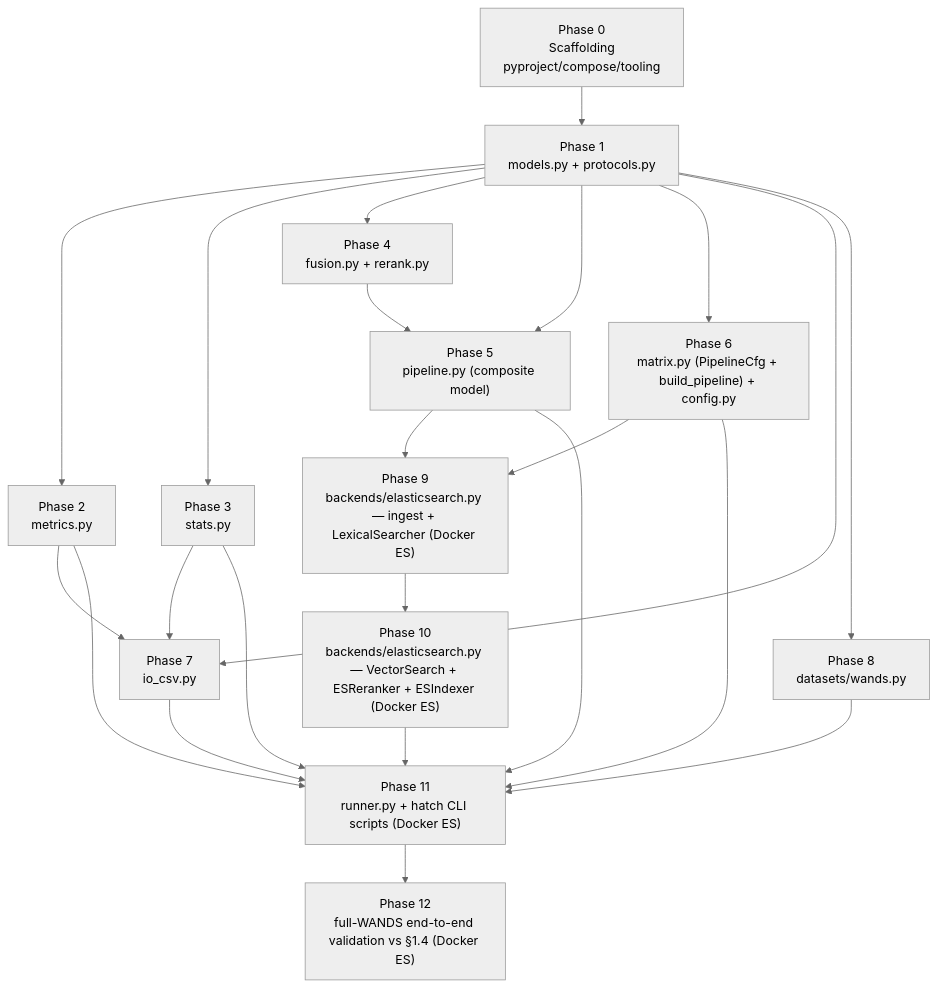
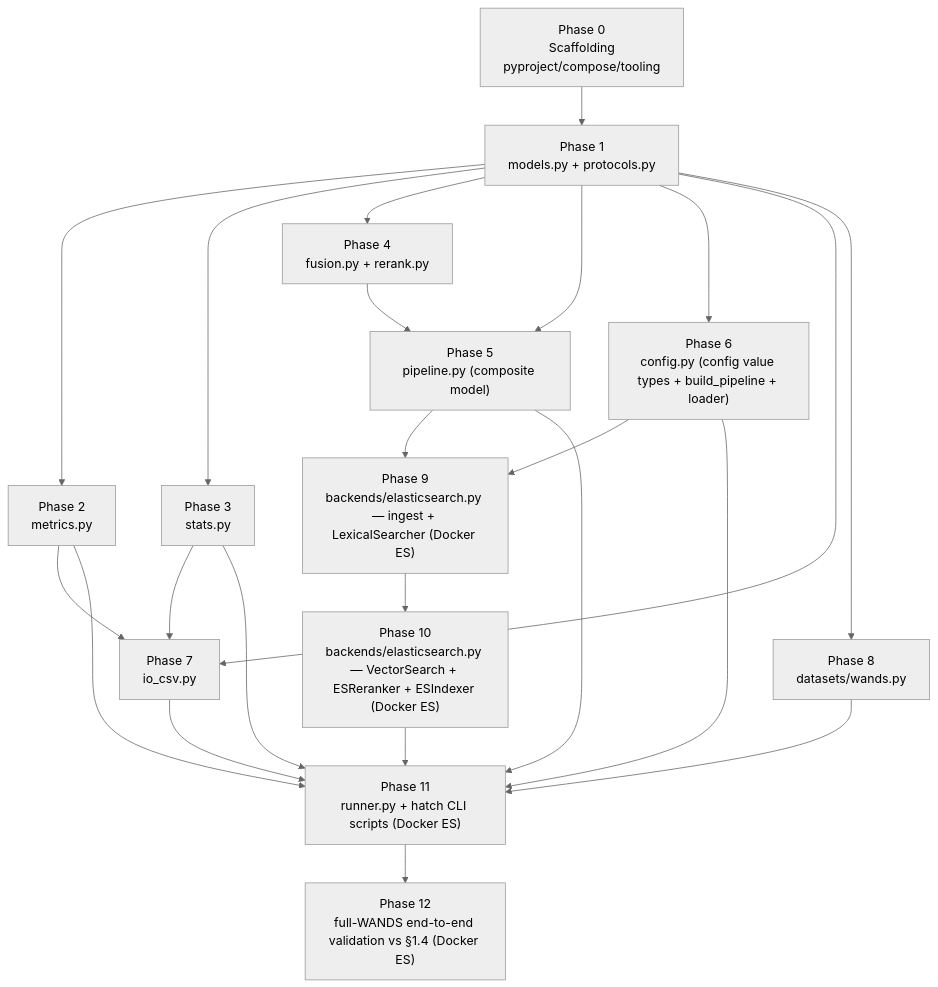
Before and after one commit to TensorOpt/search-rag-evaluation: the diagram in docs/plan.md, drawn with Mermaid (neutral theme). The commit also changed other lines of this file and 10 other files, not shown here.

````diff
--- a/docs/plan.md
+++ b/docs/plan.md
@@ -43,25 +43,25 @@
 ```mermaid
 flowchart TB
   P0["Phase 0<br/>Scaffolding<br/>pyproject/compose/tooling"] --> P1["Phase 1<br/>models.py + protocols.py"]
   P1 --> P2["Phase 2<br/>metrics.py"]
   P1 --> P3["Phase 3<br/>stats.py"]
   P1 --> P4["Phase 4<br/>fusion.py + rerank.py"]
   P1 --> P5["Phase 5<br/>pipeline.py (composite model)"]
   P4 --> P5
-  P1 --> P6["Phase 6<br/>matrix.py (PipelineCfg + build_pipeline) + config.py"]
+  P1 --> P6["Phase 6<br/>config.py (config value types + build_pipeline + loader)"]
   P1 --> P7["Phase 7<br/>io_csv.py"]
   P2 --> P7
   P3 --> P7
   P1 --> P8["Phase 8<br/>datasets/wands.py"]
   P5 --> P9["Phase 9<br/>backends/elasticsearch.py — ingest + LexicalSearcher (Docker ES)"]
   P6 --> P9
   P9 --> P10["Phase 10<br/>backends/elasticsearch.py — VectorSearch + ESReranker + ESIndexer (Docker ES)"]
   P2 --> P11["Phase 11<br/>runner.py + hatch CLI scripts (Docker ES)"]
   P3 --> P11
   P5 --> P11
   P6 --> P11
   P7 --> P11
   P8 --> P11
   P10 --> P11
   P11 --> P12["Phase 12<br/>full-WANDS end-to-end validation vs §1.4 (Docker ES)"]
 ```
````
